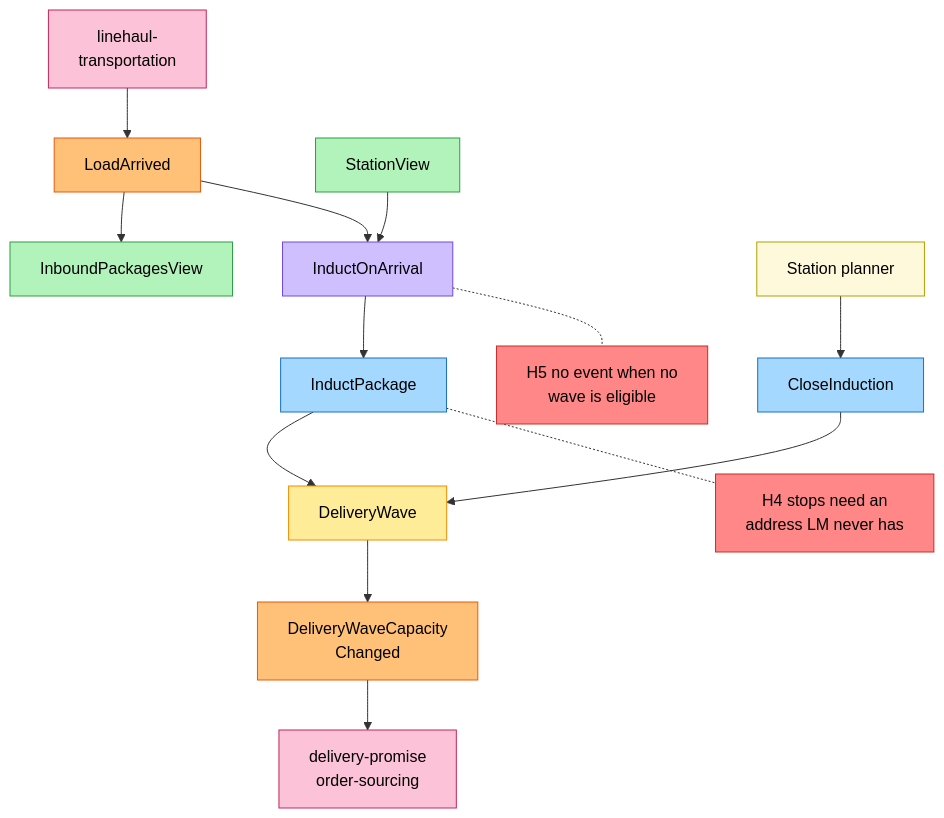
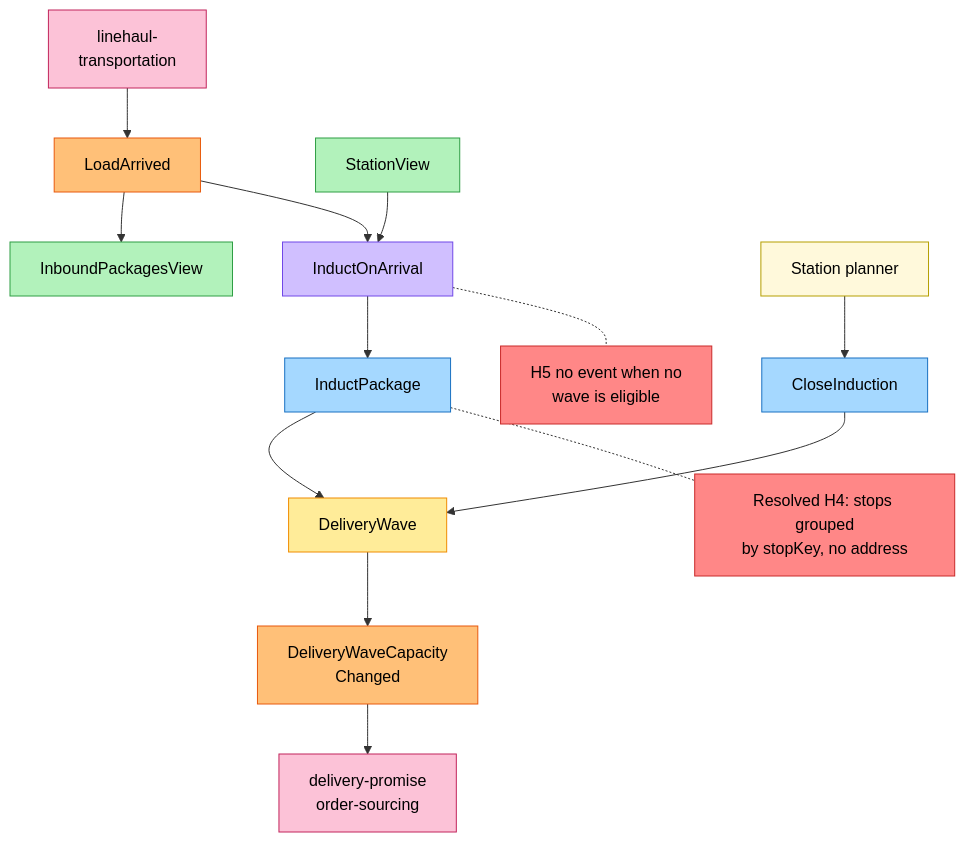
One commit to IQVO/warehouse-docs changed the second of 4 diagrams in network/docs/contexts/last-mile-delivery/eventstorming.md. Above: the diagram before and after it, drawn with Mermaid. The commit also changed other lines of this file and 125 other files, not shown here.

````diff
--- a/network/docs/contexts/last-mile-delivery/eventstorming.md
+++ b/network/docs/contexts/last-mile-delivery/eventstorming.md
@@ -80,33 +80,33 @@
 ```mermaid
 flowchart TB
     LH["linehaul-<br/>transportation"]:::external
     E0["LoadArrived"]:::event
     RM1["InboundPackagesView"]:::readmodel
     RM2["StationView"]:::readmodel
     P1["InductOnArrival"]:::policy
     C1["InductPackage"]:::command
     G1["DeliveryWave"]:::aggregate
     E1["DeliveryWaveCapacity<br/>Changed"]:::event
     DP["delivery-promise<br/>order-sourcing"]:::external
     SP["Station planner"]:::actor
     C2["CloseInduction"]:::command
-    H4["H4 stops need an<br/>address LM never has"]:::hotspot
+    H4["Resolved H4: stops grouped<br/>by stopKey, no address"]:::hotspot
     H5["H5 no event when no<br/>wave is eligible"]:::hotspot
 
     LH --> E0 --> RM1
     E0 --> P1
     RM2 --> P1
     P1 --> C1 --> G1 --> E1 --> DP
     SP --> C2 --> G1
     C1 -.- H4
     P1 -.- H5
 
     classDef actor fill:#fff9db,stroke:#b59f00,color:#000
     classDef command fill:#a5d8ff,stroke:#1971c2,color:#000
     classDef aggregate fill:#ffec99,stroke:#f08c00,color:#000
     classDef event fill:#ffc078,stroke:#e8590c,color:#000
     classDef policy fill:#d0bfff,stroke:#7048e8,color:#000
     classDef readmodel fill:#b2f2bb,stroke:#2f9e44,color:#000
     classDef external fill:#fcc2d7,stroke:#c2255c,color:#000
     classDef hotspot fill:#ff8787,stroke:#c92a2a,color:#000
 ```
````
